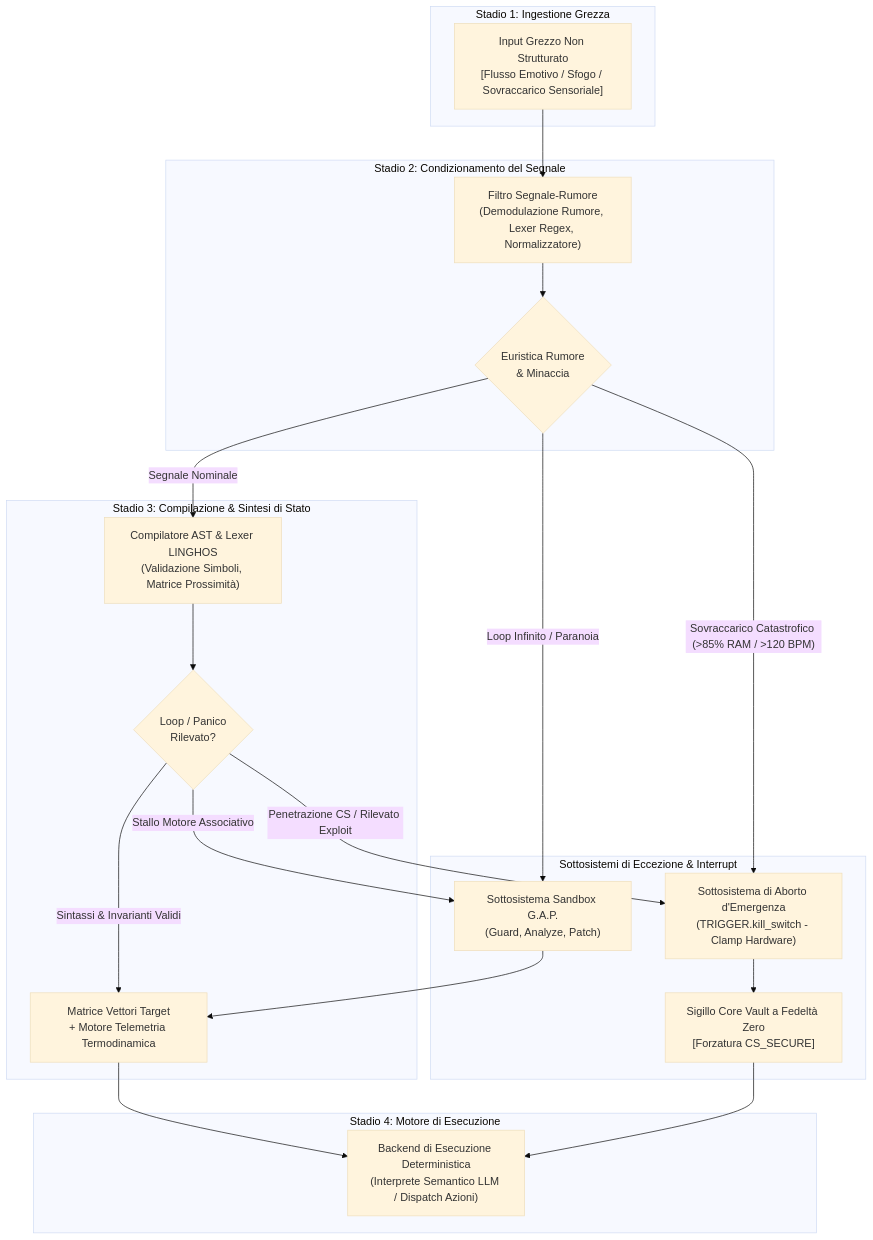
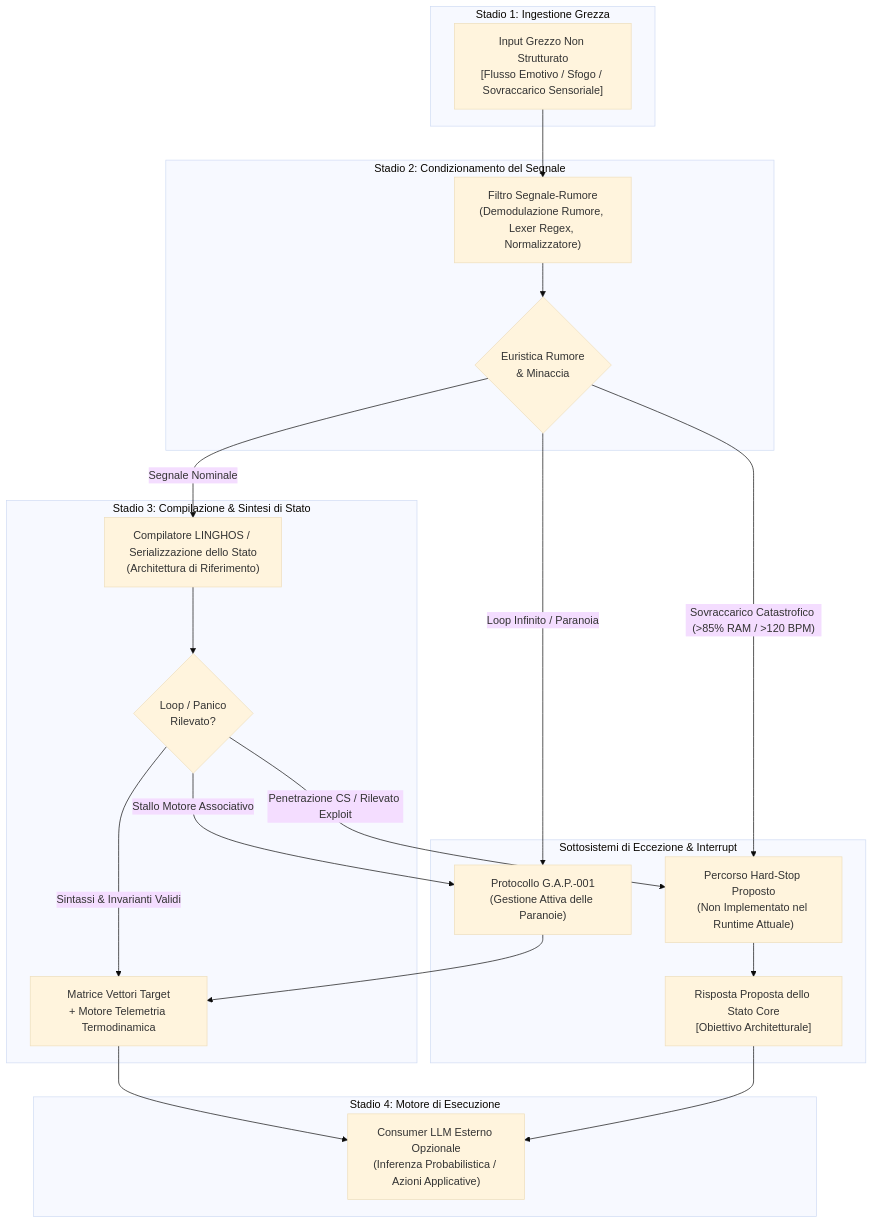
The diagram in docs/SPEC_IT.md (SystemAdmin01/HumOS), drawn with Mermaid (base theme) before and after one commit. The commit also changed other lines of this file, not shown here.

Commit message:
spec: distinguere obiettivi architetturali e garanzie runtime

````diff
--- a/docs/SPEC_IT.md
+++ b/docs/SPEC_IT.md
@@ -40,43 +38,43 @@
 ```mermaid
 flowchart TD
     subgraph Stadio1["Stadio 1: Ingestione Grezza"]
         RAW["Input Grezzo Non Strutturato<br/>[Flusso Emotivo / Sfogo / Sovraccarico Sensoriale]"]
     end
 
     subgraph Stadio2["Stadio 2: Condizionamento del Segnale"]
         FILT["Filtro Segnale-Rumore<br/>(Demodulazione Rumore, Lexer Regex, Normalizzatore)"]
         NOISE_EVAL{"Euristica Rumore<br/>& Minaccia"}
     end
 
     subgraph Stadio3["Stadio 3: Compilazione & Sintesi di Stato"]
-        COMP["Compilatore AST & Lexer LINGHOS<br/>(Validazione Simboli, Matrice Prossimità)"]
+        COMP["Compilatore LINGHOS / Serializzazione dello Stato<br/>(Architettura di Riferimento)"]
         STATE_CHECK{"Loop / Panico<br/>Rilevato?"}
         AST_GEN["Matrice Vettori Target<br/>+ Motore Telemetria Termodinamica"]
     end
 
     subgraph Stadio4["Stadio 4: Motore di Esecuzione"]
-        LLM["Backend di Esecuzione Deterministica<br/>(Interprete Semantico LLM / Dispatch Azioni)"]
+        LLM["Consumer LLM Esterno Opzionale<br/>(Inferenza Probabilistica / Azioni Applicative)"]
     end
 
     subgraph TrapRouting["Sottosistemi di Eccezione & Interrupt"]
-        GAP["Sottosistema Sandbox G.A.P.<br/>(Guard, Analyze, Patch)"]
-        KILL["Sottosistema di Aborto d'Emergenza<br/>(TRIGGER.kill_switch - Clamp Hardware)"]
-        CS_LOCK["Sigillo Core Vault a Fedeltà Zero<br/>[Forzatura CS_SECURE]"]
+        GAP["Protocollo G.A.P.-001<br/>(Gestione Attiva delle Paranoie)"]
+        KILL["Percorso Hard-Stop Proposto<br/>(Non Implementato nel Runtime Attuale)"]
+        CS_LOCK["Risposta Proposta dello Stato Core<br/>[Obiettivo Architetturale]"]
     end
 
     RAW --> FILT
     FILT --> NOISE_EVAL
     NOISE_EVAL -- "Segnale Nominale" --> COMP
     NOISE_EVAL -- "Loop Infinito / Paranoia" --> GAP
     NOISE_EVAL -- "Sovraccarico Catastrofico (>85% RAM / >120 BPM)" --> KILL
 
     COMP --> STATE_CHECK
     STATE_CHECK -- "Sintassi & Invarianti Validi" --> AST_GEN
     STATE_CHECK -- "Stallo Motore Associativo" --> GAP
     STATE_CHECK -- "Penetrazione CS / Rilevato Exploit" --> KILL
 
     AST_GEN --> LLM
     GAP --> AST_GEN
     KILL --> CS_LOCK
     CS_LOCK --> LLM
 ```
````
